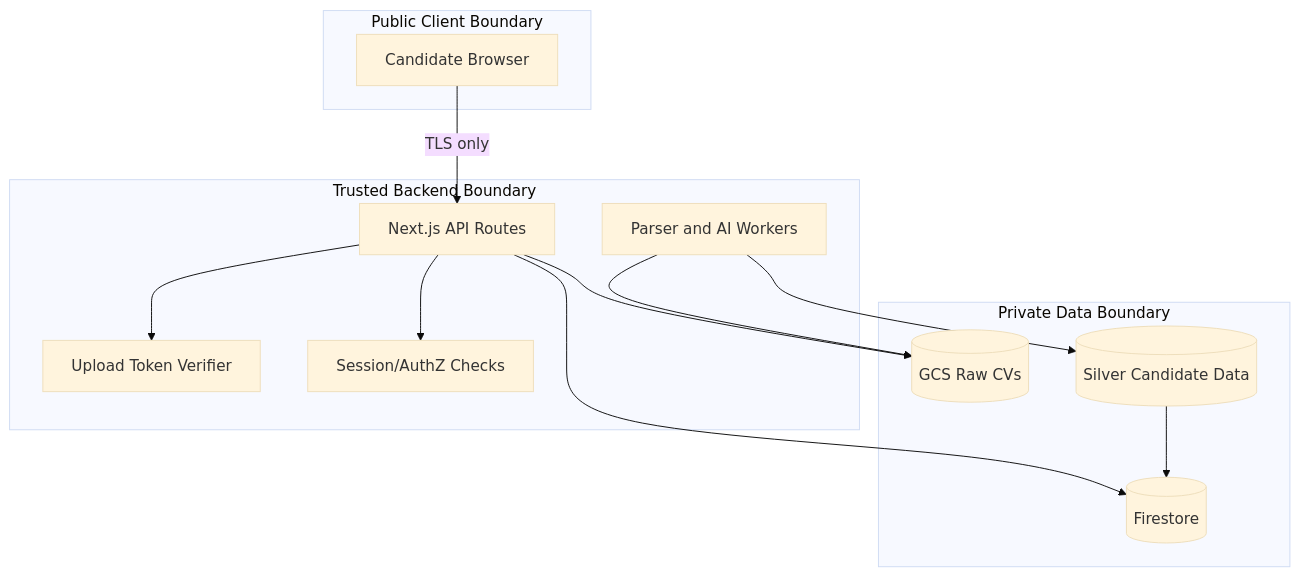
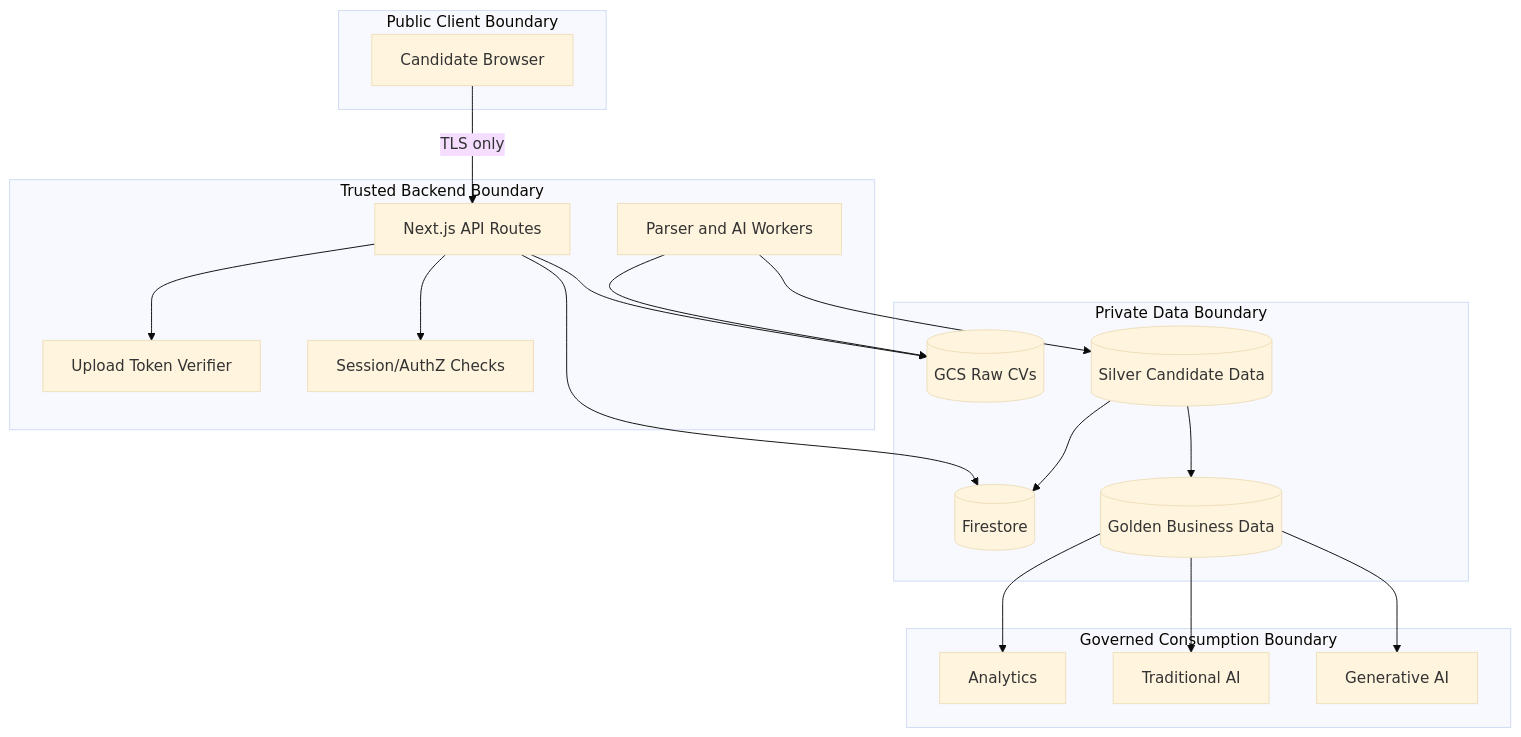
One commit to erwindaza/bejoby changed the seventh of 7 diagrams in cv-data-pipeline-sdd.md. Above: the diagram before and after it, drawn with Mermaid (base theme). The commit also changed other lines of this file and 2 other files, not shown here.

Commit message:
docs: add golden CV data layer

````diff
--- a/cv-data-pipeline-sdd.md
+++ b/cv-data-pipeline-sdd.md
@@ -255,28 +489,39 @@
 ```mermaid
 flowchart TB
   subgraph PublicClient[Public Client Boundary]
     Browser[Candidate Browser]
   end
 
   subgraph Backend[Trusted Backend Boundary]
     AppAPI[Next.js API Routes]
     Token[Upload Token Verifier]
     Auth[Session/AuthZ Checks]
     Parser[Parser and AI Workers]
   end
 
   subgraph Data[Private Data Boundary]
     Firestore[(Firestore)]
     Raw[(GCS Raw CVs)]
     Silver[(Silver Candidate Data)]
+    Golden[(Golden Business Data)]
+  end
+
+  subgraph Consumption[Governed Consumption Boundary]
+    Analytics[Analytics]
+    ML[Traditional AI]
+    GenAI[Generative AI]
   end
 
   Browser -->|TLS only| AppAPI
   AppAPI --> Token
   AppAPI --> Auth
   AppAPI --> Firestore
   AppAPI --> Raw
   Parser --> Raw
   Parser --> Silver
   Silver --> Firestore
+  Silver --> Golden
+  Golden --> Analytics
+  Golden --> ML
+  Golden --> GenAI
 ```
````
